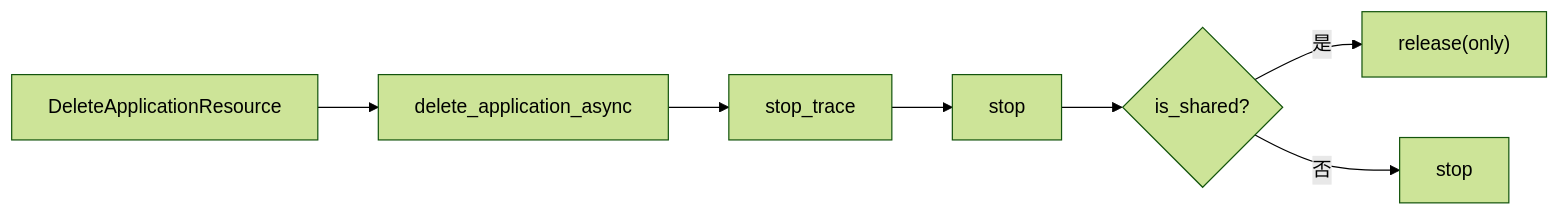
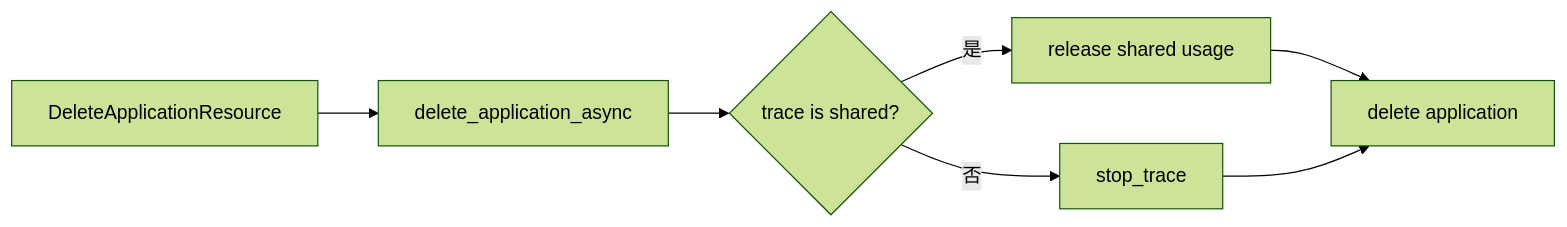
One commit to ZhuoZhuoCrayon/ai-workspace changed the tenth of 10 diagrams in knowledge/bkmonitor/issues/2026-03-03-apm-shared-datasource/PLAN.md. Above: the diagram before and after it, drawn with Mermaid (forest theme). The commit also changed other lines of this file and 3 other files, not shown here.

````diff
--- a/knowledge/bkmonitor/issues/2026-03-03-apm-shared-datasource/PLAN.md
+++ b/knowledge/bkmonitor/issues/2026-03-03-apm-shared-datasource/PLAN.md
@@ -369,9 +425,9 @@
 ```mermaid
 flowchart LR
     A[DeleteApplicationResource] --> B[delete_application_async]
-    B --> C[stop_trace]
-    C --> D[stop]
-    D --> E{is_shared?}
-    E -->|是| F["release(only)"]
-    E -->|否| G["stop"]
+    B --> C{trace is shared?}
+    C -->|是| D["release shared usage"]
+    C -->|否| E[stop_trace]
+    D --> F[delete application]
+    E --> F
 ```
````
